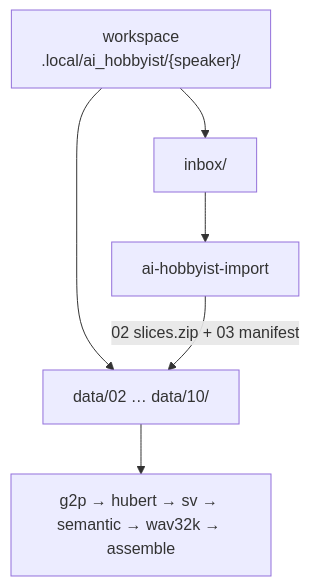
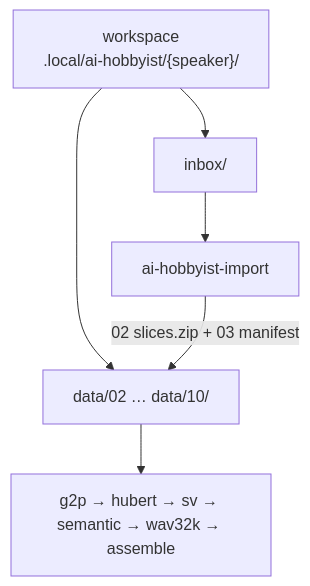
The second of 2 diagrams in docs/data-pipeline.md (babel-world/gpt-sovits-orchestrator), drawn with Mermaid before and after one commit. The commit also changed other lines of this file and 30 other files, not shown here.

First line of the commit message:
refactor: unify workspace architecture, integrate trainer, and introduce dry-vocal pipeline

````diff
--- a/docs/data-pipeline.md
+++ b/docs/data-pipeline.md
@@ -435,14 +468,14 @@
 ```mermaid
 flowchart TD
-  workspace["workspace<br/>.local/ai_hobbyist/{speaker}/"]
+  workspace["workspace<br/>.local/ai-hobbyist/{speaker}/"]
   inbox["inbox/"]
   data["data/02 … data/10/"]
   import["ai-hobbyist-import"]
   tail["g2p → hubert → sv → semantic → wav32k → assemble"]
 
   workspace --> inbox
   workspace --> data
   inbox --> import
   import -->|"02 slices.zip + 03 manifest"| data
   data --> tail
 ```
````
